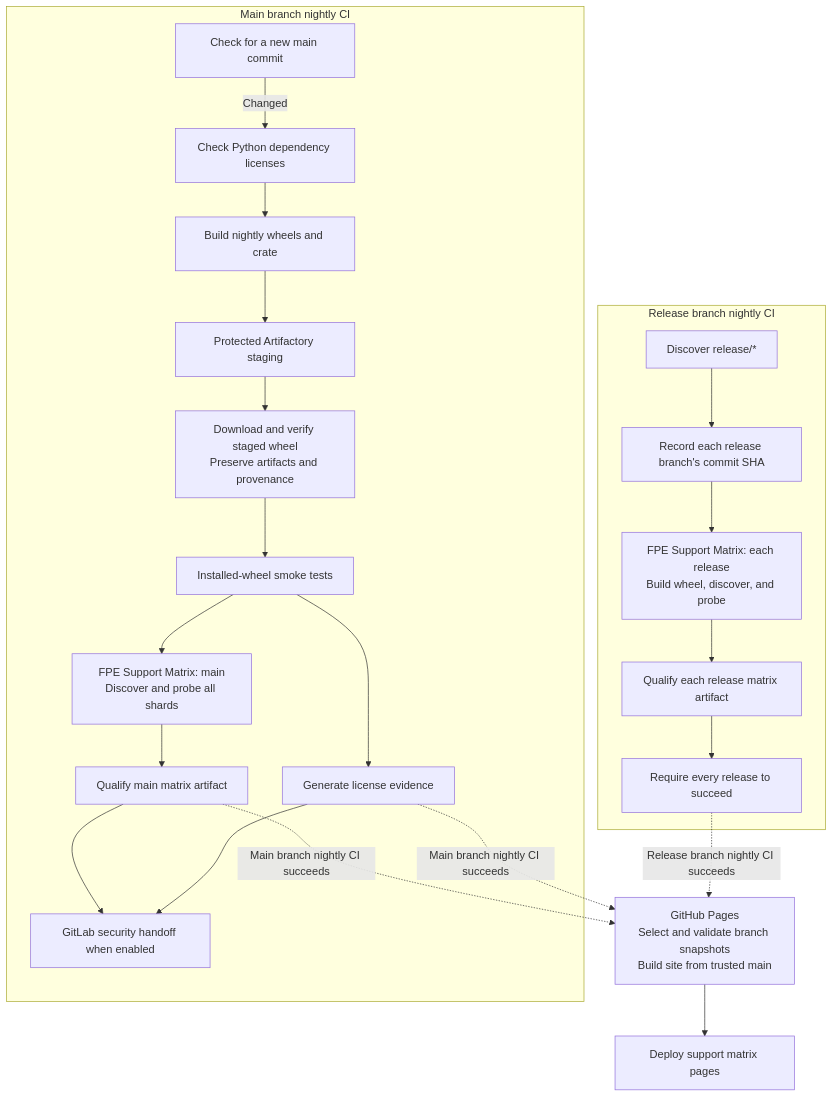
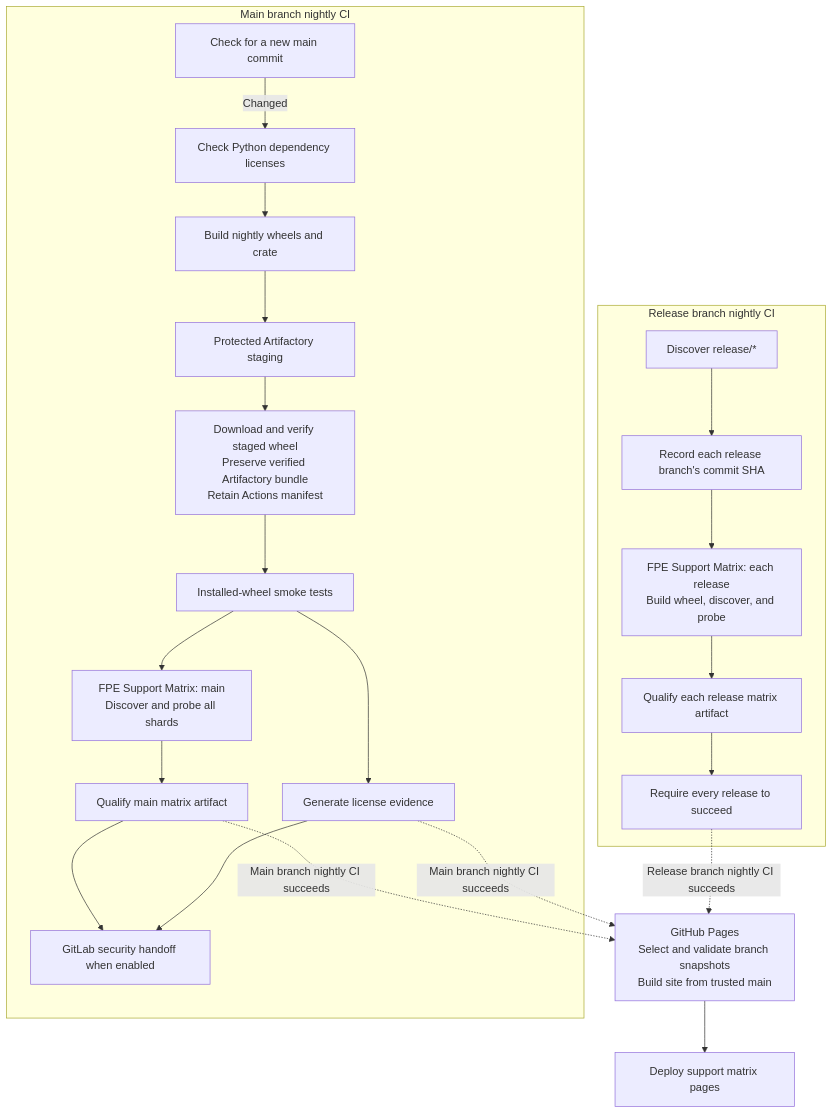
One commit to ai-dynamo/aisimulate changed the second of 2 diagrams in docs/ci/README.md. Above: the diagram before and after it, drawn with Mermaid. The commit also changed 22 other files, not shown here.

Commit message:
ci: move wheel handoffs to Artifactory

````diff
--- a/docs/ci/README.md
+++ b/docs/ci/README.md
@@ -49,27 +49,27 @@
 ```mermaid
 flowchart TD
     subgraph MainNightly["Main branch nightly CI"]
         MainGuard["Check for a new main commit"] -->|Changed| Licenses["Check Python dependency licenses"]
         Licenses --> Build["Build nightly wheels and crate"]
         Build --> NightlyStage["Protected Artifactory staging"]
-        NightlyStage --> Verify["Download and verify staged wheel<br/>Preserve artifacts and provenance"]
+        NightlyStage --> Verify["Download and verify staged wheel<br/>Preserve verified Artifactory bundle<br/>Retain Actions manifest"]
         Verify --> Smoke["Installed-wheel smoke tests"]
         Smoke --> MainFPE["FPE Support Matrix: main<br/>Discover and probe all shards"]
         Smoke --> Evidence["Generate license evidence"]
         MainFPE --> MainQualified["Qualify main matrix artifact"]
         MainQualified --> Security["GitLab security handoff when enabled"]
         Evidence --> Security
     end
 
     subgraph ReleaseNightly["Release branch nightly CI"]
         Discover["Discover release/*"] --> Pin["Record each release branch's commit SHA"]
         Pin --> PerRelease["FPE Support Matrix: each release<br/>Build wheel, discover, and probe"]
         PerRelease --> ReleaseQualified["Qualify each release matrix artifact"]
         ReleaseQualified --> AllReleases["Require every release to succeed"]
     end
 
     MainQualified -.->|Main branch nightly CI succeeds| Pages["GitHub Pages<br/>Select and validate branch snapshots<br/>Build site from trusted main"]
     Evidence -.->|Main branch nightly CI succeeds| Pages
     AllReleases -.->|Release branch nightly CI succeeds| Pages
     Pages --> Deploy["Deploy support matrix pages"]
 ```
````
